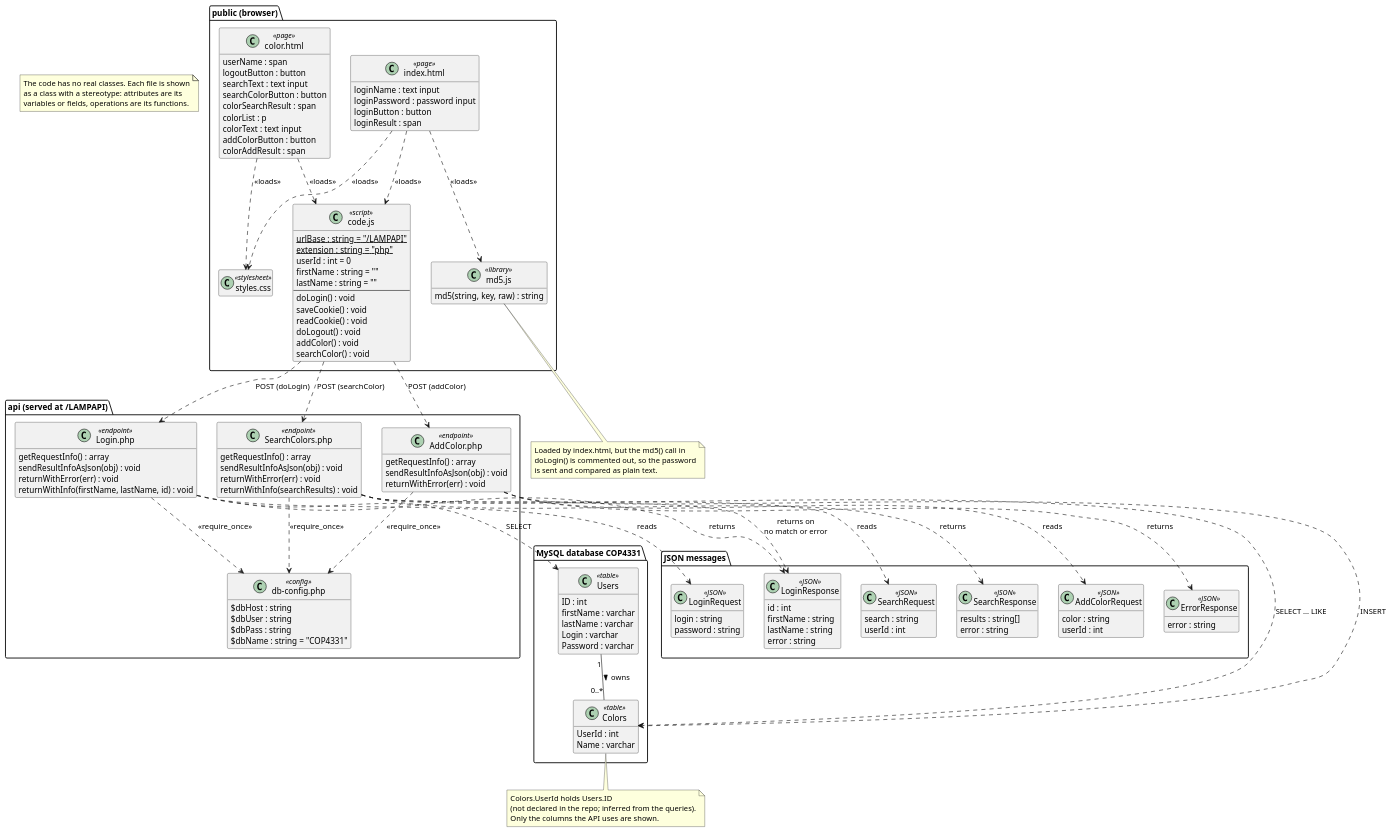
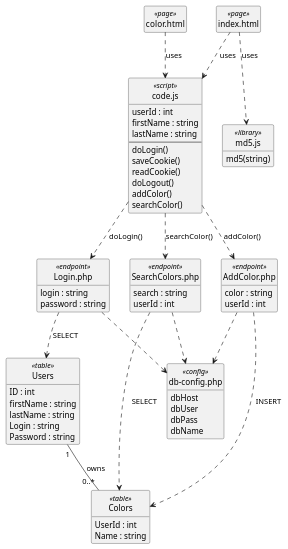
The diagram in docs/uml/class.puml (acsahl/colors-lab), drawn with PlantUML before and after one commit. The commit also changed 5 other files, not shown here.

First line of the commit message:
Simplify UML diagrams

```diff
--- a/docs/uml/class.puml
+++ b/docs/uml/class.puml
@@ -1,169 +1,78 @@
 @startuml class
 ' Class diagram for the COLORS web application.
-' The code is procedural (plain JavaScript functions and PHP scripts),
-' so each file is shown as a class with a stereotype.
-' Attributes are the file's variables, operations are its functions.
+' The code is procedural, so each file is shown as a class with a stereotype.
 skinparam shadowing false
 skinparam classAttributeIconSize 0
 hide empty members
+hide circle
 
-package "public (browser)" {
-  class "index.html" as IndexPage <<page>> {
-    loginName : text input
-    loginPassword : password input
-    loginButton : button
-    loginResult : span
-  }
+class "index.html" as Index <<page>>
+class "color.html" as Color <<page>>
 
-  class "color.html" as ColorPage <<page>> {
-    userName : span
-    logoutButton : button
-    searchText : text input
-    searchColorButton : button
-    colorSearchResult : span
-    colorList : p
-    colorText : text input
-    addColorButton : button
-    colorAddResult : span
-  }
-
-  class "code.js" as CodeJS <<script>> {
-    {static} urlBase : string = "/LAMPAPI"
-    {static} extension : string = "php"
-    userId : int = 0
-    firstName : string = ""
-    lastName : string = ""
-    --
-    doLogin() : void
-    saveCookie() : void
-    readCookie() : void
-    doLogout() : void
-    addColor() : void
-    searchColor() : void
-  }
-
-  class "md5.js" as MD5 <<library>> {
-    md5(string, key, raw) : string
-  }
-
-  class "styles.css" as CSS <<stylesheet>>
+class "code.js" as Code <<script>> {
+  userId : int
+  firstName : string
+  lastName : string
+  --
+  doLogin()
+  saveCookie()
+  readCookie()
+  doLogout()
+  addColor()
+  searchColor()
 }
 
-package "api (served at /LAMPAPI)" {
-  class "Login.php" as LoginPHP <<endpoint>> {
-    getRequestInfo() : array
-    sendResultInfoAsJson(obj) : void
-    returnWithError(err) : void
-    returnWithInfo(firstName, lastName, id) : void
-  }
-
-  class "SearchColors.php" as SearchPHP <<endpoint>> {
-    getRequestInfo() : array
-    sendResultInfoAsJson(obj) : void
-    returnWithError(err) : void
-    returnWithInfo(searchResults) : void
-  }
-
-  class "AddColor.php" as AddPHP <<endpoint>> {
-    getRequestInfo() : array
-    sendResultInfoAsJson(obj) : void
-    returnWithError(err) : void
-  }
-
-  class "db-config.php" as DbConfig <<config>> {
-    $dbHost : string
-    $dbUser : string
-    $dbPass : string
-    $dbName : string = "COP4331"
-  }
+class "md5.js" as MD5 <<library>> {
+  md5(string)
 }
 
-package "MySQL database COP4331" {
-  class Users <<table>> {
-    ID : int
-    firstName : varchar
-    lastName : varchar
-    Login : varchar
-    Password : varchar
-  }
-
-  class Colors <<table>> {
-    UserId : int
-    Name : varchar
-  }
+class "Login.php" as LoginPHP <<endpoint>> {
+  login : string
+  password : string
+}
+class "SearchColors.php" as SearchPHP <<endpoint>> {
+  search : string
+  userId : int
+}
+class "AddColor.php" as AddPHP <<endpoint>> {
+  color : string
+  userId : int
 }
 
-package "JSON messages" {
-  class LoginRequest <<JSON>> {
-    login : string
-    password : string
-  }
-  class LoginResponse <<JSON>> {
-    id : int
-    firstName : string
-    lastName : string
-    error : string
-  }
-  class SearchRequest <<JSON>> {
-    search : string
-    userId : int
-  }
-  class SearchResponse <<JSON>> {
-    results : string[]
-    error : string
-  }
-  class AddColorRequest <<JSON>> {
-    color : string
-    userId : int
-  }
-  class ErrorResponse <<JSON>> {
-    error : string
-  }
+class "db-config.php" as Config <<config>> {
+  dbHost
+  dbUser
+  dbPass
+  dbName
 }
 
-IndexPage ..> CodeJS : <<loads>>
-IndexPage ..> MD5 : <<loads>>
-IndexPage ..> CSS : <<loads>>
-ColorPage ..> CodeJS : <<loads>>
-ColorPage ..> CSS : <<loads>>
+class Users <<table>> {
+  ID : int
+  firstName : string
+  lastName : string
+  Login : string
+  Password : string
+}
+class Colors <<table>> {
+  UserId : int
+  Name : string
+}
 
-CodeJS ..> LoginPHP : POST (doLogin)
-CodeJS ..> SearchPHP : POST (searchColor)
-CodeJS ..> AddPHP : POST (addColor)
+Index ..> Code : uses
+Index ..> MD5 : uses
+Color ..> Code : uses
 
-LoginPHP ..> DbConfig : <<require_once>>
-SearchPHP ..> DbConfig : <<require_once>>
-AddPHP ..> DbConfig : <<require_once>>
+Code ..> LoginPHP : doLogin()
+Code ..> SearchPHP : searchColor()
+Code ..> AddPHP : addColor()
+
+LoginPHP ..> Config
+SearchPHP ..> Config
+AddPHP ..> Config
 
 LoginPHP ..> Users : SELECT
-SearchPHP ..> Colors : SELECT ... LIKE
+SearchPHP ..> Colors : SELECT
 AddPHP ..> Colors : INSERT
 
-Users "1" -- "0..*" Colors : owns >
-
-LoginPHP ..> LoginRequest : reads
-LoginPHP ..> LoginResponse : returns
-SearchPHP ..> SearchRequest : reads
-SearchPHP ..> SearchResponse : returns
-SearchPHP ..> LoginResponse : returns on\nno match or error
-AddPHP ..> AddColorRequest : reads
-AddPHP ..> ErrorResponse : returns
-
-note as Legend
-  The code has no real classes. Each file is shown
-  as a class with a stereotype: attributes are its
-  variables or fields, operations are its functions.
-end note
-
-note bottom of MD5
-  Loaded by index.html, but the md5() call in
-  doLogin() is commented out, so the password
-  is sent and compared as plain text.
-end note
-
-note bottom of Colors
-  Colors.UserId holds Users.ID
-  (not declared in the repo; inferred from the queries).
-  Only the columns the API uses are shown.
-end note
+Users "1" -- "0..*" Colors : owns
 @enduml
```
